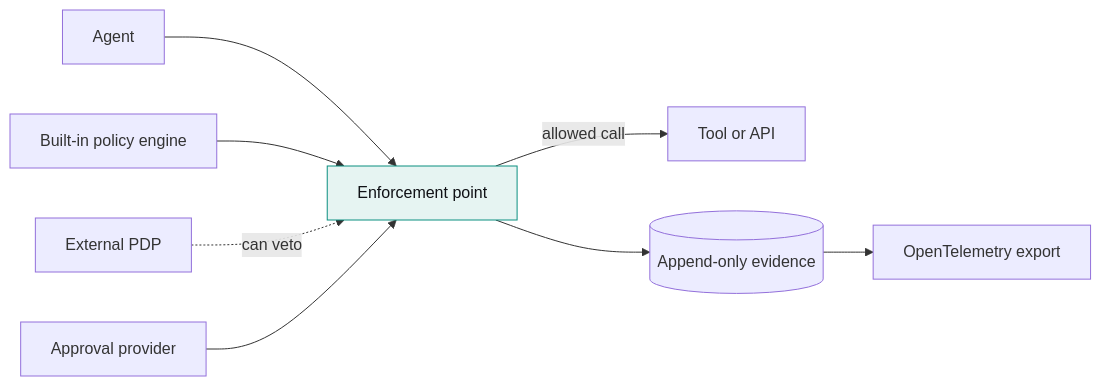
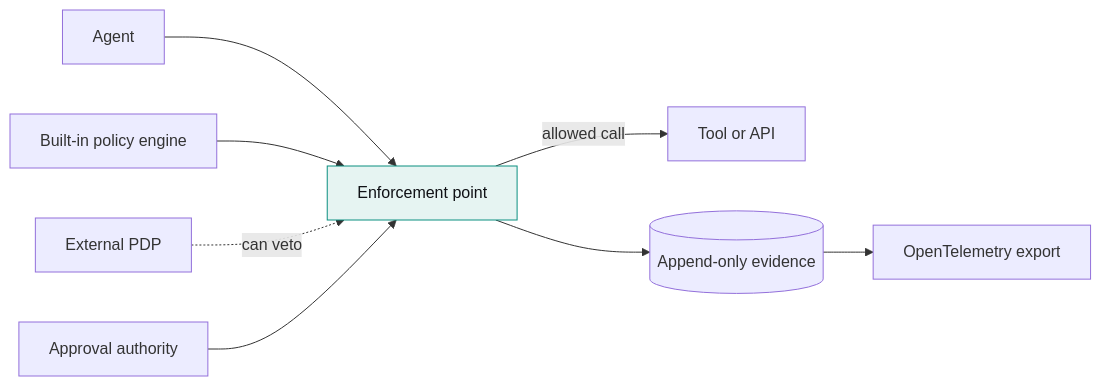
One commit to guardana/control changed the first of 3 diagrams in README.md. Above: the diagram before and after it, drawn with Mermaid. The commit also changed other lines of this file and 3 other files, not shown here.

````diff
--- a/README.md
+++ b/README.md
@@ -74,14 +77,14 @@
 ```mermaid
 flowchart LR
     accTitle: How a tool call is decided today
-    accDescr: The enforcement point decides an agent's proposed call from the built-in policy engine, an external decision point that can only veto, and an approval provider when a person has to approve. An allowed call goes to the tool or API. Decisions are appended to the evidence, which is exported over OpenTelemetry; a call whose record cannot be appended is blocked, unless the operator let a read run unrecorded.
+    accDescr: The enforcement point decides an agent's proposed call from the built-in policy engine, an external decision point that can only veto, and the approval authority when a person has to approve. An allowed call goes to the tool or API. Decisions are appended to the evidence, which is exported over OpenTelemetry; a call whose record cannot be appended is blocked, unless the operator let a read run unrecorded.
     AG[Agent] --> PEP[Enforcement point]
     POL[Built-in policy engine] --> PEP
     PDP[External PDP] -.->|can veto| PEP
-    APR[Approval provider] --> PEP
+    APR[Approval authority] --> PEP
     PEP -->|allowed call| TOOL[Tool or API]
     PEP --> EV[(Append-only evidence)]
     EV --> OTEL[OpenTelemetry export]
     classDef accent fill:#E6F4F2,stroke:#0B8F80,color:#0F1115
     class PEP accent
 ```
````
